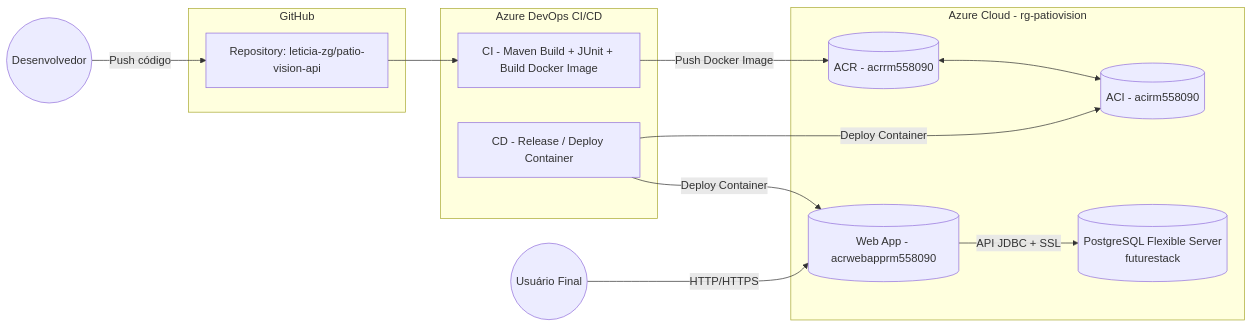
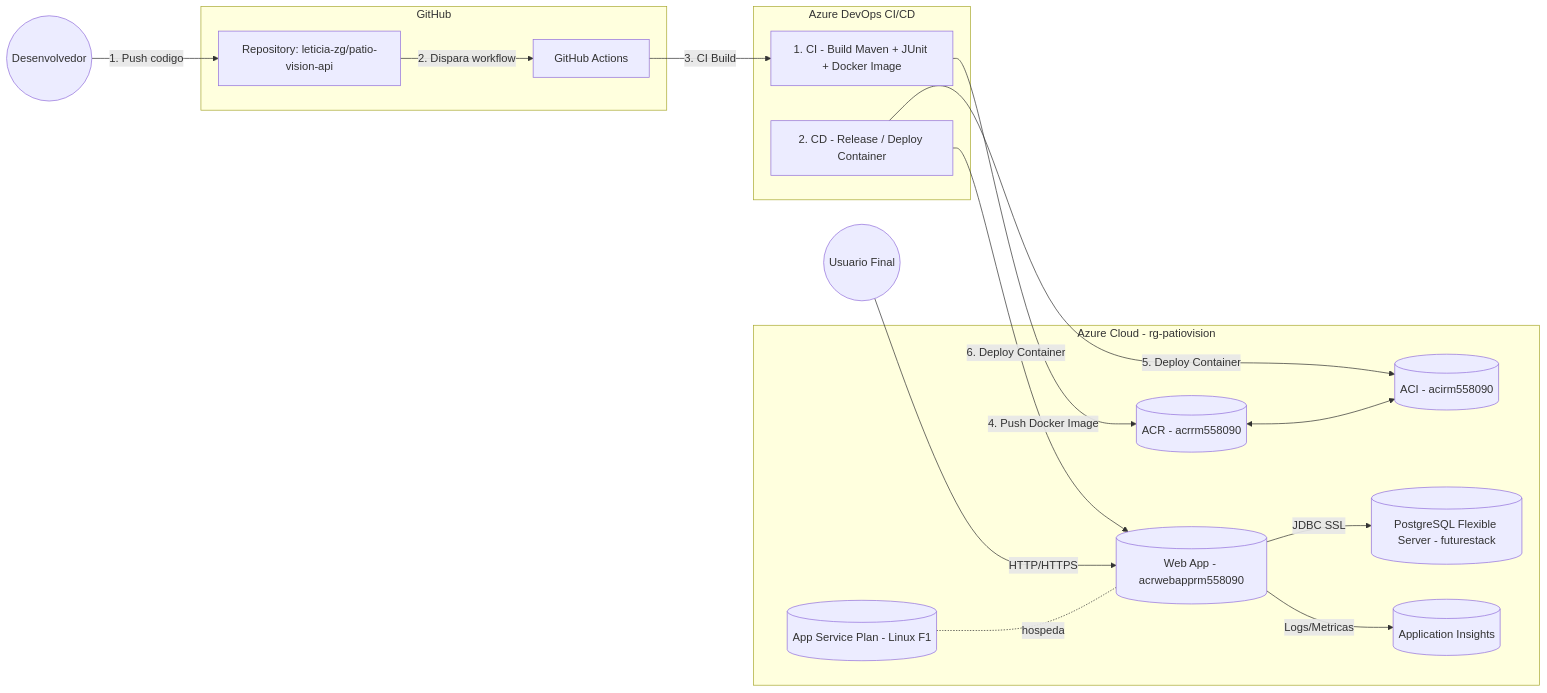
Before and after one commit to leticia-zg/patio-vision-api: the diagram in ARQUITETURA.md, drawn with Mermaid.

Commit message:
Revise architecture diagram and CI/CD flow
Updated the architecture diagram and deployment flow details.

````diff
--- a/ARQUITETURA.md
+++ b/ARQUITETURA.md
@@ -5,37 +5,43 @@
 ```mermaid
 flowchart LR
 
-USER((Usuário Final))
+USER((Usuario Final))
 DEV((Desenvolvedor))
 
 subgraph GitHub["GitHub"]
   REPO[Repository: leticia-zg/patio-vision-api]
+  ACTIONS[GitHub Actions]
 end
 
 subgraph DevOps["Azure DevOps CI/CD"]
-  CI[CI - Maven Build + JUnit + Build Docker Image]
-  CD[CD - Release / Deploy Container]
-  
+  CI[1. CI - Build Maven + JUnit + Docker Image]
+  CD[2. CD - Release / Deploy Container]
 end
 
 subgraph Azure["Azure Cloud - rg-patiovision"]
   ACR[(ACR - acrrm558090)]
   ACI[(ACI - acirm558090)]
-  DB[(PostgreSQL Flexible Server<br/>futurestack)]
   WEBAPP[(Web App - acrwebapprm558090)]
+  PLAN[(App Service Plan - Linux F1)]
+  DB[(PostgreSQL Flexible Server - futurestack)]
+  AI[(Application Insights)]
 end
 
-DEV -->|Push código| REPO
-REPO --> CI
-CI -->|Push Docker Image| ACR
+%% --- FLUXO DEVOPS ---
+DEV -->|1. Push codigo| REPO
+REPO -->|2. Dispara workflow| ACTIONS
+ACTIONS -->|3. CI Build| CI
+CI -->|4. Push Docker Image| ACR
+CD -->|5. Deploy Container| ACI
+CD -->|6. Deploy Container| WEBAPP
 
-CD -->|Deploy Container| ACI
-CD -->|Deploy Container| WEBAPP
 ACR <--> ACI
 
+%% --- EXECUCAO USUARIO ---
 USER -->|HTTP/HTTPS| WEBAPP
+WEBAPP -->|JDBC SSL| DB
+WEBAPP -->|Logs/Metricas| AI
 
-
-WEBAPP -->|API JDBC + SSL| DB
+PLAN -. hospeda .- WEBAPP
 
 ```
````
